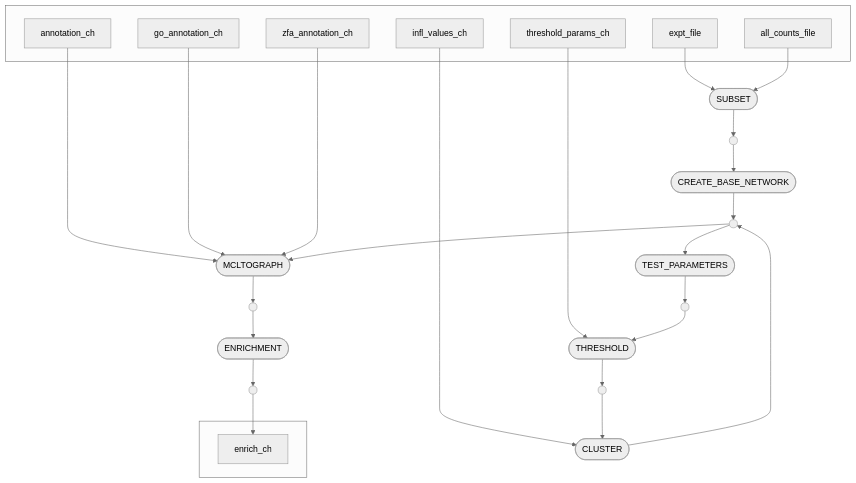
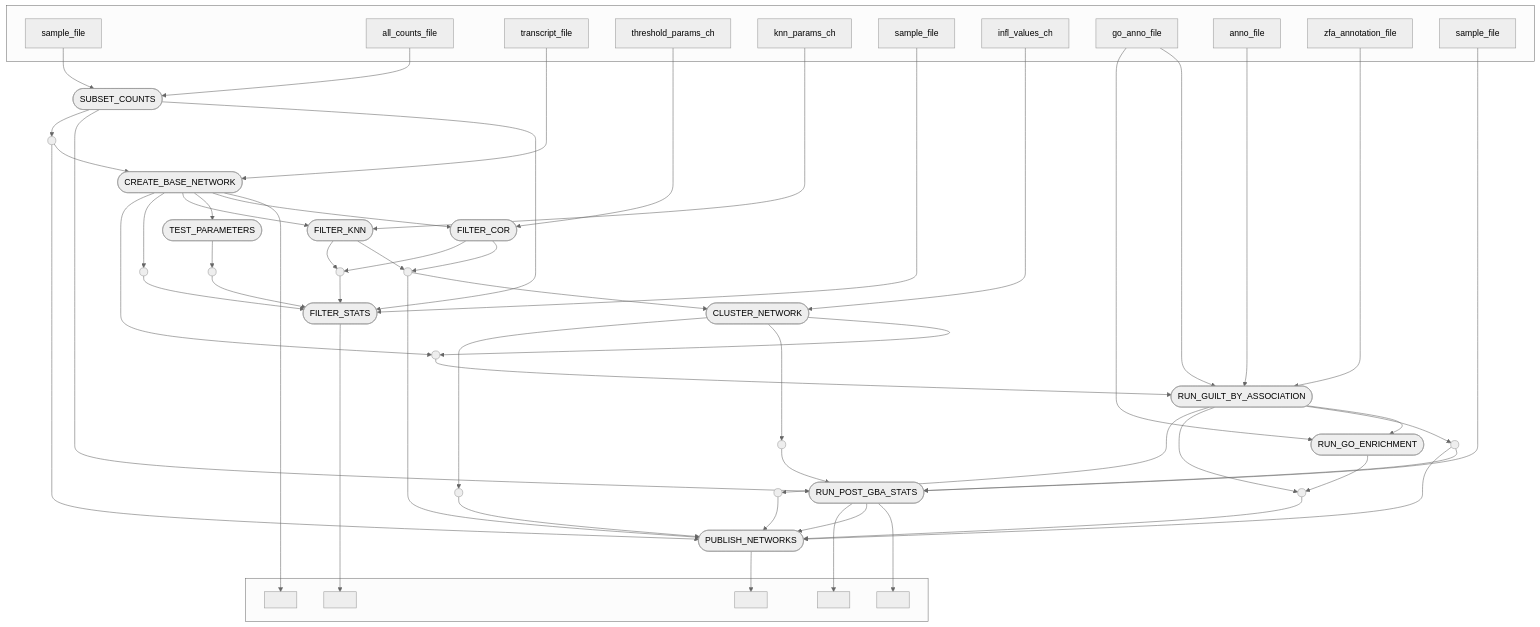
One commit to richysix/zmp-network changed the diagram in scripts/_dag-current.md. Above: the diagram before and after it, drawn with Mermaid (neutral theme).

Commit message:
Update current DAG md file

````diff
--- a/scripts/_dag-current.md
+++ b/scripts/_dag-current.md
@@ -1,49 +1,98 @@
 ```mermaid
 flowchart TB
     subgraph " "
-    v0["expt_file"]
+    v0["sample_file"]
     v1["all_counts_file"]
+    v8["transcript_file"]
     v12["threshold_params_ch"]
-    v16["infl_values_ch"]
-    v22["annotation_ch"]
-    v23["go_annotation_ch"]
-    v24["zfa_annotation_ch"]
+    v14["knn_params_ch"]
+    v21["sample_file"]
+    v24["infl_values_ch"]
+    v27["go_anno_file"]
+    v28["anno_file"]
+    v29["zfa_annotation_file"]
+    v33["sample_file"]
     end
-    v2([SUBSET])
-    v5([CREATE_BASE_NETWORK])
-    v9([TEST_PARAMETERS])
-    v13([THRESHOLD])
-    v17([CLUSTER])
-    v25([MCLTOGRAPH])
-    v28([ENRICHMENT])
+    v2([SUBSET_COUNTS])
+    v9([CREATE_BASE_NETWORK])
     subgraph " "
-    v30["enrich_ch"]
+    v10[" "]
+    v23[" "]
+    v35[" "]
+    v36[" "]
+    v52[" "]
     end
+    v11([TEST_PARAMETERS])
+    v13([FILTER_COR])
+    v15([FILTER_KNN])
+    v22([FILTER_STATS])
+    v25([CLUSTER_NETWORK])
+    v30([RUN_GUILT_BY_ASSOCIATION])
+    v34([RUN_POST_GBA_STATS])
+    v37([RUN_GO_ENRICHMENT])
+    v51([PUBLISH_NETWORKS])
     v3(( ))
-    v6(( ))
-    v10(( ))
-    v14(( ))
+    v16(( ))
+    v17(( ))
+    v19(( ))
+    v20(( ))
     v26(( ))
-    v29(( ))
+    v31(( ))
+    v32(( ))
+    v40(( ))
+    v42(( ))
+    v49(( ))
     v0 --> v2
     v1 --> v2
+    v2 --> v22
+    v2 --> v34
     v2 --> v3
-    v3 --> v5
-    v5 --> v6
-    v6 --> v9
+    v8 --> v9
+    v3 --> v9
     v9 --> v10
+    v9 --> v13
+    v9 --> v11
+    v9 --> v15
+    v9 --> v19
+    v9 --> v26
+    v11 --> v20
     v12 --> v13
-    v10 --> v13
-    v13 --> v14
-    v16 --> v17
-    v14 --> v17
-    v17 --> v6
-    v22 --> v25
-    v23 --> v25
+    v13 --> v16
+    v13 --> v17
+    v14 --> v15
+    v15 --> v16
+    v15 --> v17
+    v21 --> v22
+    v17 --> v22
+    v19 --> v22
+    v20 --> v22
+    v22 --> v23
     v24 --> v25
-    v6 --> v25
+    v16 --> v25
     v25 --> v26
-    v26 --> v28
-    v28 --> v29
+    v25 --> v32
+    v25 --> v40
+    v27 --> v30
+    v27 --> v37
+    v28 --> v30
     v29 --> v30
+    v26 --> v30
+    v30 --> v37
+    v30 --> v31
+    v30 --> v42
+    v30 --> v49
+    v33 --> v34
+    v31 --> v34
+    v32 --> v34
+    v34 --> v36
+    v34 --> v51
+    v34 --> v35
+    v37 --> v42
+    v3 --> v51
+    v16 --> v51
+    v31 --> v51
+    v40 --> v51
+    v42 --> v51
+    v49 --> v51
+    v51 --> v52
 ```
````
